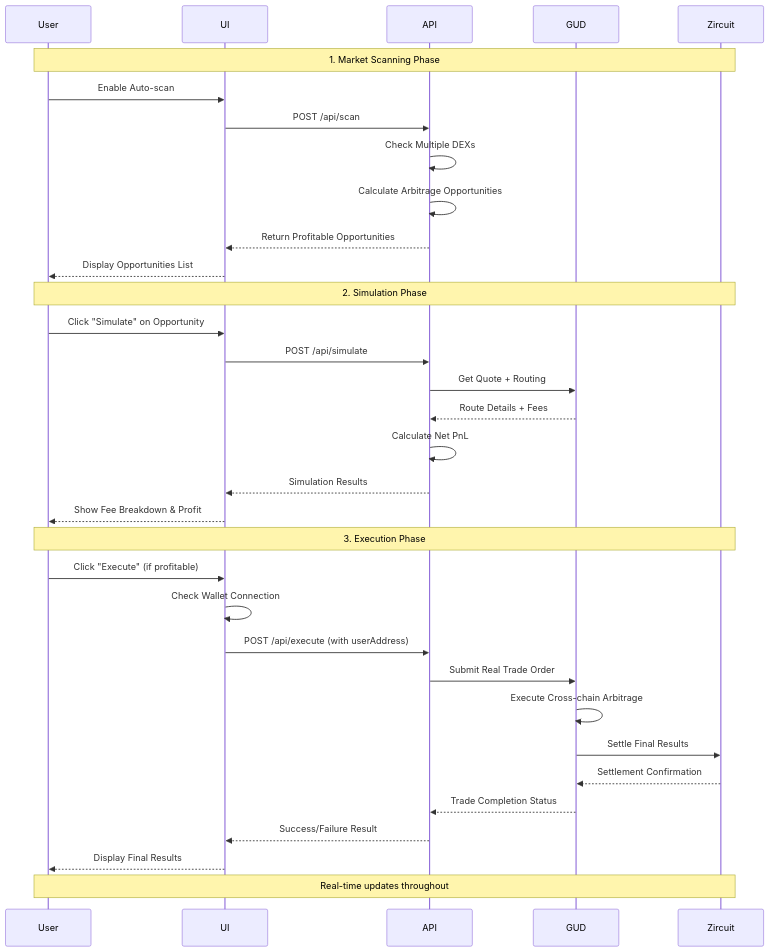
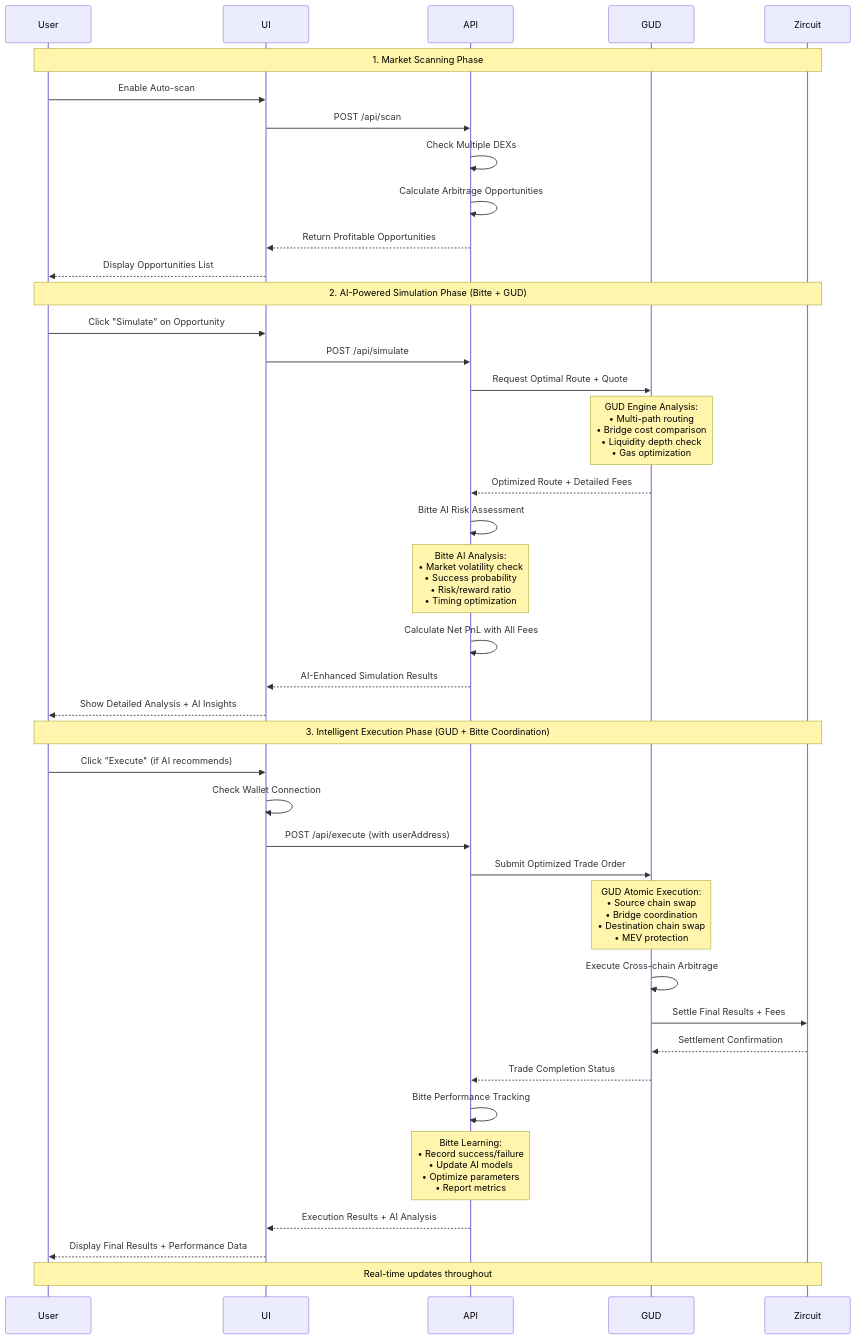
The second of 5 diagrams in FLOW-DIAGRAM.md (DHB94/ArbiZirQ), drawn with Mermaid before and after one commit. The commit also changed other lines of this file and 1 other file, not shown here.

Commit message:
refactor: Enhance documentation with detailed flow summaries and AI integration insights

````diff
--- a/FLOW-DIAGRAM.md
+++ b/FLOW-DIAGRAM.md
@@ -70,39 +100,45 @@
 ```mermaid
 sequenceDiagram
     participant User
     participant UI
     participant API
     participant GUD
     participant Zircuit
     
     Note over User,Zircuit: 1. Market Scanning Phase
     User->>UI: Enable Auto-scan
     UI->>API: POST /api/scan
     API->>API: Check Multiple DEXs
     API->>API: Calculate Arbitrage Opportunities
     API-->>UI: Return Profitable Opportunities
     UI-->>User: Display Opportunities List
     
-    Note over User,Zircuit: 2. Simulation Phase
+    Note over User,Zircuit: 2. AI-Powered Simulation Phase (Bitte + GUD)
     User->>UI: Click "Simulate" on Opportunity
     UI->>API: POST /api/simulate
-    API->>GUD: Get Quote + Routing
-    GUD-->>API: Route Details + Fees
-    API->>API: Calculate Net PnL
-    API-->>UI: Simulation Results
-    UI-->>User: Show Fee Breakdown & Profit
+    API->>GUD: Request Optimal Route + Quote
+    Note over GUD: GUD Engine Analysis:<br/>• Multi-path routing<br/>• Bridge cost comparison<br/>• Liquidity depth check<br/>• Gas optimization
+    GUD-->>API: Optimized Route + Detailed Fees
+    API->>API: Bitte AI Risk Assessment
+    Note over API: Bitte AI Analysis:<br/>• Market volatility check<br/>• Success probability<br/>• Risk/reward ratio<br/>• Timing optimization
+    API->>API: Calculate Net PnL with All Fees
+    API-->>UI: AI-Enhanced Simulation Results
+    UI-->>User: Show Detailed Analysis + AI Insights
     
-    Note over User,Zircuit: 3. Execution Phase
-    User->>UI: Click "Execute" (if profitable)
+    Note over User,Zircuit: 3. Intelligent Execution Phase (GUD + Bitte Coordination)
+    User->>UI: Click "Execute" (if AI recommends)
     UI->>UI: Check Wallet Connection
     UI->>API: POST /api/execute (with userAddress)
-    API->>GUD: Submit Real Trade Order
+    API->>GUD: Submit Optimized Trade Order
+    Note over GUD: GUD Atomic Execution:<br/>• Source chain swap<br/>• Bridge coordination<br/>• Destination chain swap<br/>• MEV protection
     GUD->>GUD: Execute Cross-chain Arbitrage
-    GUD->>Zircuit: Settle Final Results
+    GUD->>Zircuit: Settle Final Results + Fees
     Zircuit-->>GUD: Settlement Confirmation
     GUD-->>API: Trade Completion Status
-    API-->>UI: Success/Failure Result
-    UI-->>User: Display Final Results
+    API->>API: Bitte Performance Tracking
+    Note over API: Bitte Learning:<br/>• Record success/failure<br/>• Update AI models<br/>• Optimize parameters<br/>• Report metrics
+    API-->>UI: Execution Results + AI Analysis
+    UI-->>User: Display Final Results + Performance Data
     
     Note over User,Zircuit: Real-time updates throughout
 ```
````
